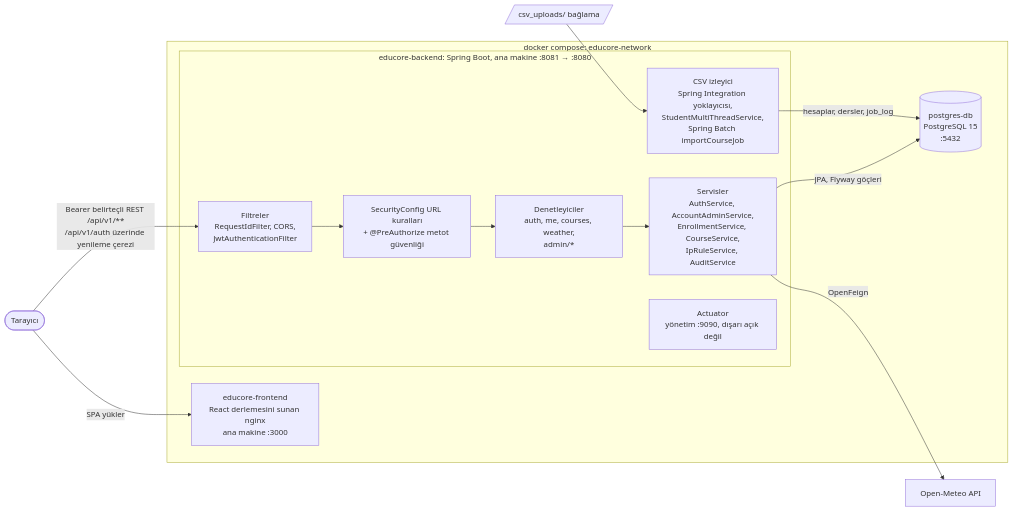
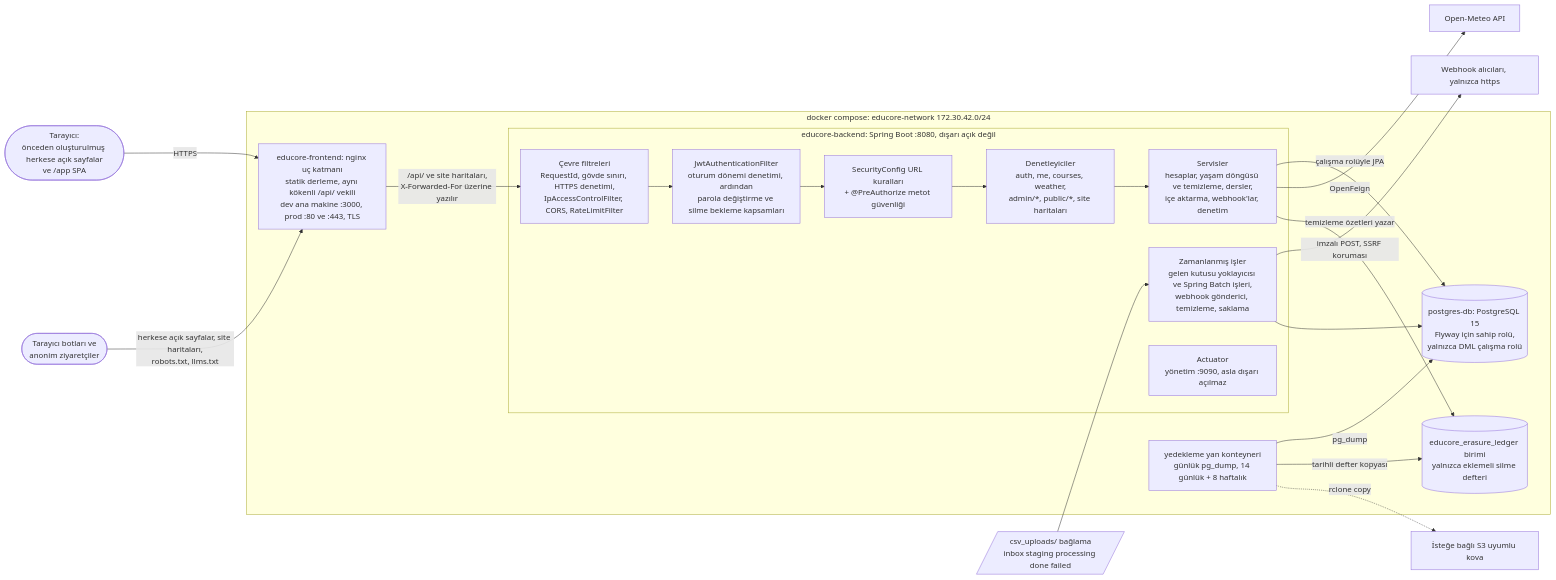
Before and after one commit to ayberkaarda/EduCore: the first of 5 diagrams in README.tr.md, drawn with Mermaid. The commit also changed other lines of this file and 10 other files, not shown here.

Commit message:
docs(readme): refreshed English and Turkish READMEs with architecture diagrams and new screenshots

````diff
--- a/README.tr.md
+++ b/README.tr.md
@@ -65,28 +71,40 @@
 ```mermaid
 flowchart LR
-    user(["Tarayıcı"])
+    user(["Tarayıcı:<br/>önceden oluşturulmuş herkese açık sayfalar<br/>ve /app SPA"])
+    crawler(["Tarayıcı botları ve<br/>anonim ziyaretçiler"])
 
-    subgraph compose["docker compose: educore-network"]
-        fe["educore-frontend<br/>React derlemesini sunan nginx<br/>ana makine :3000"]
-        subgraph be["educore-backend: Spring Boot, ana makine :8081 → :8080"]
-            filters["Filtreler<br/>RequestIdFilter, CORS,<br/>JwtAuthenticationFilter"]
+    subgraph compose["docker compose: educore-network 172.30.42.0/24"]
+        fe["educore-frontend: nginx uç katmanı<br/>statik derleme, aynı kökenli /api/ vekili<br/>dev ana makine :3000, prod :80 ve :443, TLS"]
+        subgraph be["educore-backend: Spring Boot :8080, dışarı açık değil"]
+            edge["Çevre filtreleri<br/>RequestId, gövde sınırı, HTTPS denetimi,<br/>IpAccessControlFilter, CORS, RateLimitFilter"]
+            authn["JwtAuthenticationFilter<br/>oturum dönemi denetimi, ardından<br/>parola değiştirme ve silme bekleme kapsamları"]
             rules["SecurityConfig URL kuralları<br/>+ @PreAuthorize metot güvenliği"]
-            ctrl["Denetleyiciler<br/>auth, me, courses, weather,<br/>admin/*"]
-            svc["Servisler<br/>AuthService, AccountAdminService,<br/>EnrollmentService, CourseService,<br/>IpRuleService, AuditService"]
-            ingest["CSV izleyici<br/>Spring Integration yoklayıcısı,<br/>StudentMultiThreadService,<br/>Spring Batch importCourseJob"]
-            mgmt["Actuator<br/>yönetim :9090, dışarı açık değil"]
+            ctrl["Denetleyiciler<br/>auth, me, courses, weather,<br/>admin/*, public/*, site haritaları"]
+            svc["Servisler<br/>hesaplar, yaşam döngüsü ve temizleme, dersler,<br/>içe aktarma, webhook'lar, denetim"]
+            jobs["Zamanlanmış işler<br/>gelen kutusu yoklayıcısı ve Spring Batch işleri,<br/>webhook gönderici, temizleme, saklama"]
+            mgmt["Actuator<br/>yönetim :9090, asla dışarı açılmaz"]
         end
-        db[("postgres-db<br/>PostgreSQL 15<br/>:5432")]
+        db[("postgres-db: PostgreSQL 15<br/>Flyway için sahip rolü,<br/>yalnızca DML çalışma rolü")]
+        backup["yedekleme yan konteyneri<br/>günlük pg_dump, 14 günlük + 8 haftalık"]
+        ledger[("educore_erasure_ledger birimi<br/>yalnızca eklemeli silme defteri")]
     end
 
-    csv[/"csv_uploads/ bağlama"/]
+    csv[/"csv_uploads/ bağlama<br/>inbox staging processing done failed"/]
     meteo["Open-Meteo API"]
+    hooks["Webhook alıcıları, yalnızca https"]
+    s3["İsteğe bağlı S3 uyumlu kova"]
 
-    user -->|"SPA yükler"| fe
-    user -->|"Bearer belirteçli REST /api/v1/**<br/>/api/v1/auth üzerinde yenileme çerezi"| filters
-    filters --> rules --> ctrl --> svc
-    svc -->|"JPA, Flyway göçleri"| db
+    user -->|"HTTPS"| fe
+    crawler -->|"herkese açık sayfalar, site haritaları,<br/>robots.txt, llms.txt"| fe
+    fe -->|"/api/ ve site haritaları,<br/>X-Forwarded-For üzerine yazılır"| edge
+    edge --> authn --> rules --> ctrl --> svc
+    svc -->|"çalışma rolüyle JPA"| db
     svc -->|"OpenFeign"| meteo
-    csv --> ingest
-    ingest -->|"hesaplar, dersler, job_log"| db
+    jobs -->|"imzalı POST, SSRF koruması"| hooks
+    csv --> jobs
+    jobs --> db
+    svc -->|"temizleme özetleri yazar"| ledger
+    backup -->|"pg_dump"| db
+    backup -->|"tarihli defter kopyası"| ledger
+    backup -.->|"rclone copy"| s3
 ```
````
